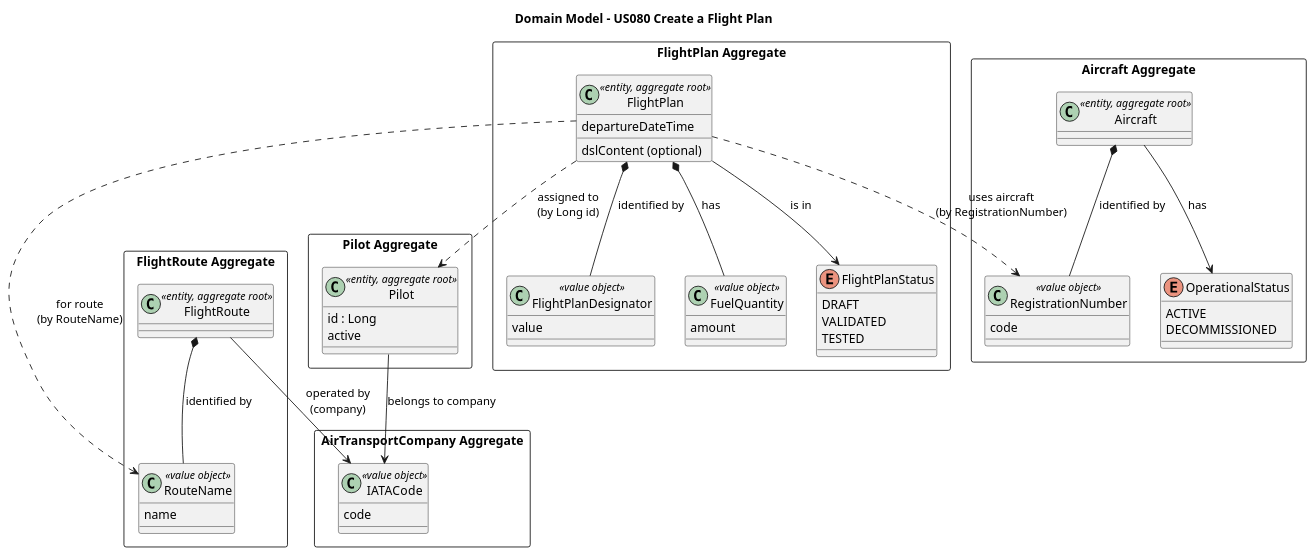
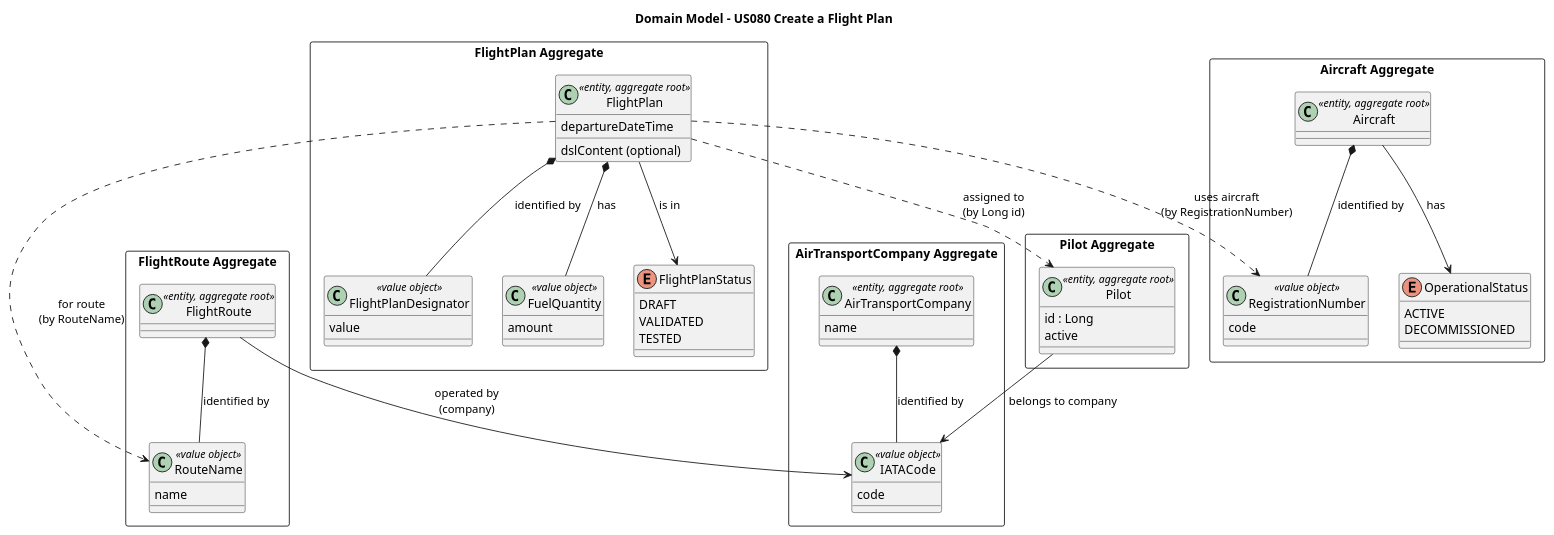
Before and after one commit to brunodspinto/aisafe: the diagram in aisafe.base/docs/user-stories/us080/puml/US080-domain-model.puml, drawn with PlantUML. The commit also changed 2 other files, not shown here.

```diff
--- a/aisafe.base/docs/user-stories/us080/puml/US080-domain-model.puml
+++ b/aisafe.base/docs/user-stories/us080/puml/US080-domain-model.puml
@@ -1,86 +1,92 @@
 @startuml
 
 skinparam shadowing false
 skinparam classAttributeIconSize 0
 
 title Domain Model - US080 Create a Flight Plan
 
 package "FlightPlan Aggregate" <<Rectangle>> {
 
     class FlightPlan <<entity, aggregate root>> {
         departureDateTime
         dslContent (optional)
     }
 
     class FlightPlanDesignator <<value object>> {
         value
     }
 
     class FuelQuantity <<value object>> {
         amount
     }
 
     Enum FlightPlanStatus {
         DRAFT
         VALIDATED
         TESTED
     }
 }
 
 package "FlightRoute Aggregate" <<Rectangle>> {
 
     class FlightRoute <<entity, aggregate root>> {
     }
 
     class RouteName <<value object>> {
         name
     }
 }
 
 package "Aircraft Aggregate" <<Rectangle>> {
 
     class Aircraft <<entity, aggregate root>> {
     }
 
     class RegistrationNumber <<value object>> {
         code
     }
 
     Enum OperationalStatus {
         ACTIVE
         DECOMMISSIONED
     }
 }
 
 package "Pilot Aggregate" <<Rectangle>> {
 
     class Pilot <<entity, aggregate root>> {
         id : Long
         active
     }
 }
 
 package "AirTransportCompany Aggregate" <<Rectangle>> {
 
+    class AirTransportCompany <<entity, aggregate root>> {
+        name
+    }
+
     class IATACode <<value object>> {
         code
     }
 }
 
 FlightPlan *-- FlightPlanDesignator : "identified by"
 FlightPlan *-- FuelQuantity : "has"
 FlightPlan --> FlightPlanStatus : "is in"
 
 FlightPlan ..> RouteName : "for route\n(by RouteName)"
 FlightPlan ..> RegistrationNumber : "uses aircraft\n(by RegistrationNumber)"
 FlightPlan ..> Pilot : "assigned to\n(by Long id)"
 
 FlightRoute *-- RouteName : "identified by"
 FlightRoute --> IATACode : "operated by\n(company)"
 
 Aircraft *-- RegistrationNumber : "identified by"
 Aircraft --> OperationalStatus : "has"
 
 Pilot --> IATACode : "belongs to company"
 
+AirTransportCompany *-- IATACode : "identified by"
+
 @enduml
```
